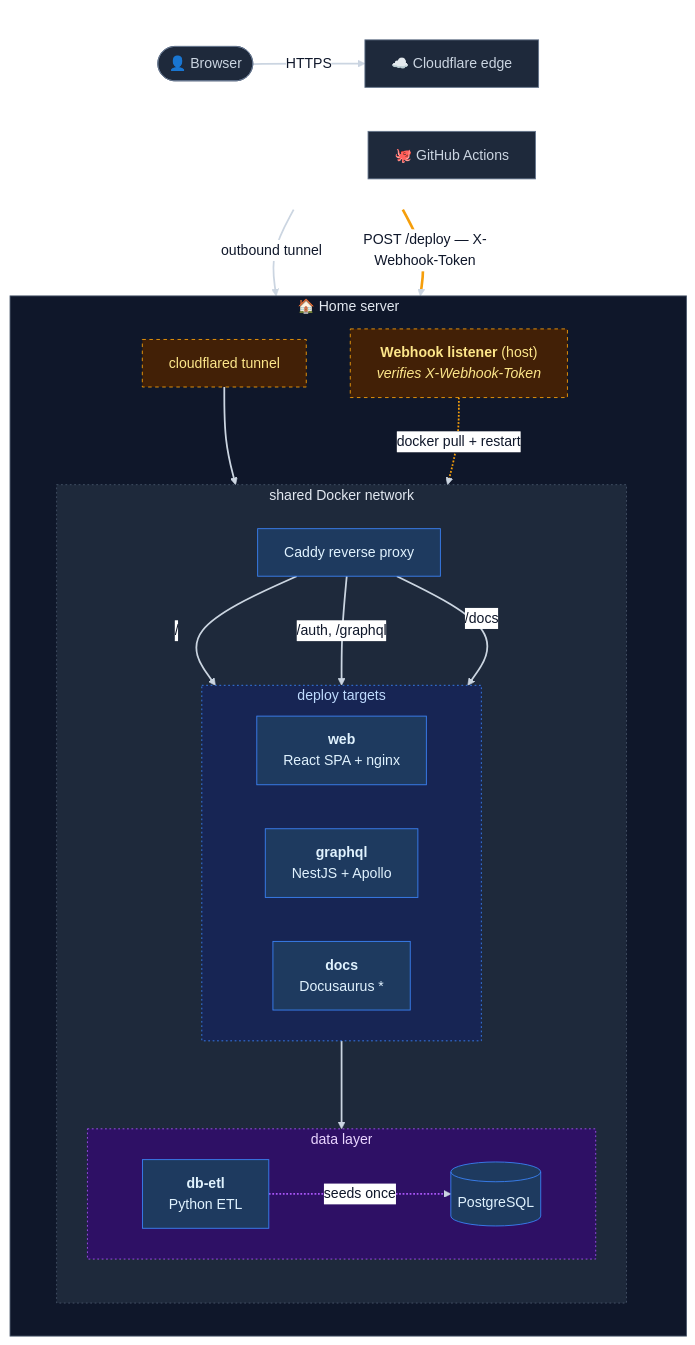
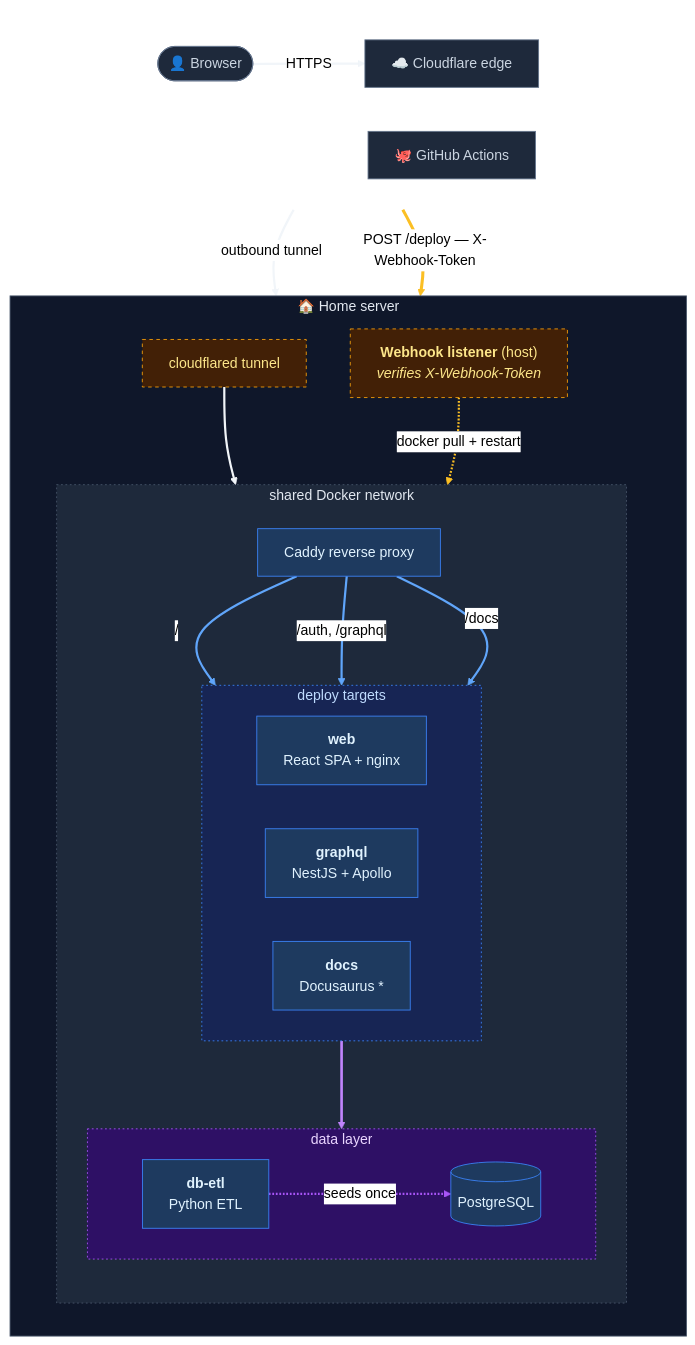
Before and after one commit to Medistat-Tiberiusgh/.github: the diagram in profile/README.md, drawn with Mermaid (neutral theme).

Commit message:
Modify link styles in README.md
Updated link styles for better visual distinction in diagrams.

````diff
--- a/profile/README.md
+++ b/profile/README.md
@@ -30,69 +30,75 @@
 ```mermaid
 flowchart TB
     subgraph topRow[" "]
         direction LR
         user(["👤 Browser"])
         cf["☁️ Cloudflare edge"]
         gh["🐙 GitHub Actions"]
     end
 
     subgraph home["🏠 Home server"]
         direction TB
         cft["cloudflared tunnel"]
         hook["`**Webhook listener** (host)
         _verifies X-Webhook-Token_`"]
 
         subgraph net["shared Docker network"]
             direction TB
             caddy["Caddy reverse proxy"]
 
             subgraph apps["deploy targets"]
                 direction LR
                 spa["`**web**
                 React SPA + nginx`"]
                 api["`**graphql**
                 NestJS + Apollo`"]
                 docs["`**docs**
                 Docusaurus *`"]
             end
 
             subgraph data["data layer"]
                 direction LR
                 db[("PostgreSQL")]
                 etl["`**db-etl**
                 Python ETL`"]
             end
         end
     end
 
     user -->|HTTPS| cf
     cf -->|outbound tunnel| cft
     cft --> caddy
 
     caddy -->|/| spa
     caddy -->|/auth, /graphql| api
     caddy -->|/docs| docs
 
     api --> db
     etl -. seeds once .-> db
 
     gh ==>|"POST /deploy — X-Webhook-Token"| hook
     hook -. "docker pull + restart" .-> apps
 
     classDef container fill:#1e3a5f,stroke:#3b82f6,color:#e0f2fe
     classDef external fill:#1e293b,stroke:#64748b,color:#cbd5e1
     classDef host fill:#422006,stroke:#f59e0b,color:#fde68a,stroke-dasharray: 4 4
     class caddy,spa,api,docs,db,etl container
     class user,cf,gh external
     class cft,hook host
     style topRow fill:transparent,stroke:transparent
     style home fill:#0f172a,stroke:#475569,color:#e2e8f0
     style net fill:#1e293b,stroke:#475569,color:#e2e8f0,stroke-dasharray: 2 3
     style apps fill:#172554,stroke:#3b82f6,color:#bfdbfe,stroke-dasharray: 2 3
     style data fill:#2e1065,stroke:#a855f7,color:#e9d5ff,stroke-dasharray: 2 3
 
-    linkStyle default stroke:#cbd5e1,stroke-width:2px,color:#0f172a
-    linkStyle 7 stroke:#a855f7,stroke-width:2px
-    linkStyle 8 stroke:#f59e0b,stroke-width:3px
-    linkStyle 9 stroke:#f59e0b,stroke-width:2px
+    linkStyle 0 stroke:#f1f5f9,stroke-width:2.5px
+    linkStyle 1 stroke:#f1f5f9,stroke-width:2.5px
+    linkStyle 2 stroke:#f1f5f9,stroke-width:2.5px
+    linkStyle 3 stroke:#60a5fa,stroke-width:2.5px
+    linkStyle 4 stroke:#60a5fa,stroke-width:2.5px
+    linkStyle 5 stroke:#60a5fa,stroke-width:2.5px
+    linkStyle 6 stroke:#c084fc,stroke-width:3px
+    linkStyle 7 stroke:#a855f7,stroke-width:2.5px
+    linkStyle 8 stroke:#fbbf24,stroke-width:3.5px
+    linkStyle 9 stroke:#fbbf24,stroke-width:2.5px
 ```
````
